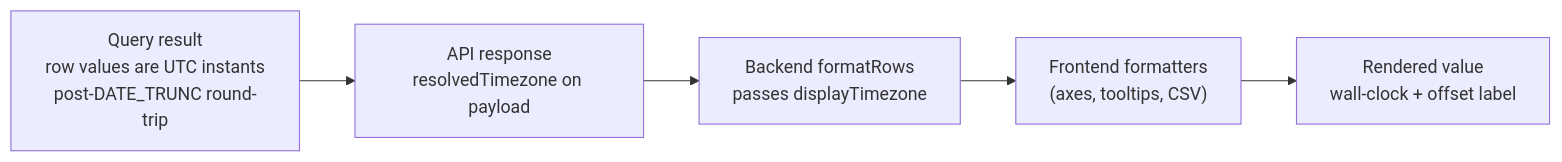
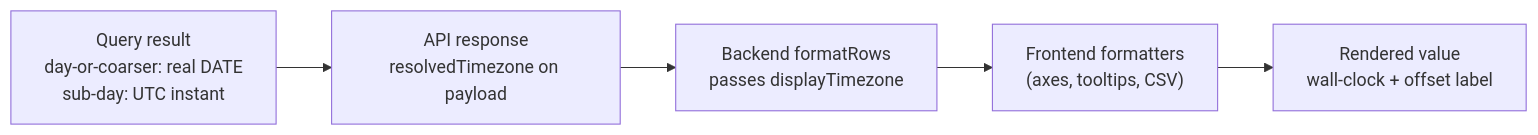
The third of 6 diagrams in docs/timezones/timezone-handling.md (lightdash/lightdash), drawn with Mermaid before and after one commit. The commit also changed other lines of this file, not shown here.

First line of the commit message:
docs(timezones): update timezone-handling.md for the GLITCH-452 DATE cast

````diff
--- a/docs/timezones/timezone-handling.md
+++ b/docs/timezones/timezone-handling.md
@@ -295,9 +300,9 @@
 ```mermaid
 flowchart LR
-    Q["Query result<br/>row values are UTC instants<br/>post-DATE_TRUNC round-trip"]
+    Q["Query result<br/>day-or-coarser: real DATE<br/>sub-day: UTC instant"]
     API["API response<br/>resolvedTimezone on payload"]
     BE["Backend formatRows<br/>passes displayTimezone"]
     FE["Frontend formatters<br/>(axes, tooltips, CSV)"]
     OUT["Rendered value<br/>wall-clock + offset label"]
     Q --> API --> BE --> FE --> OUT
 ```
````
